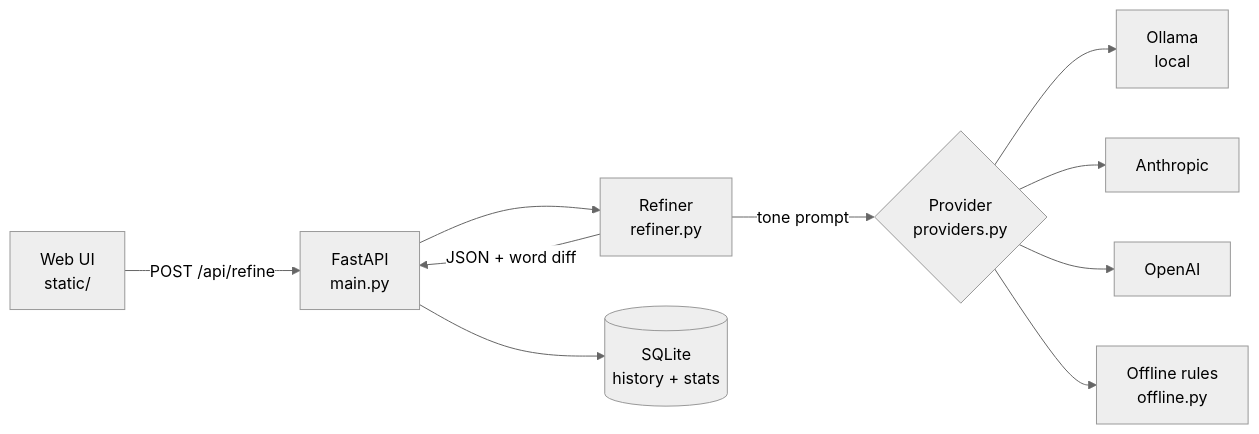
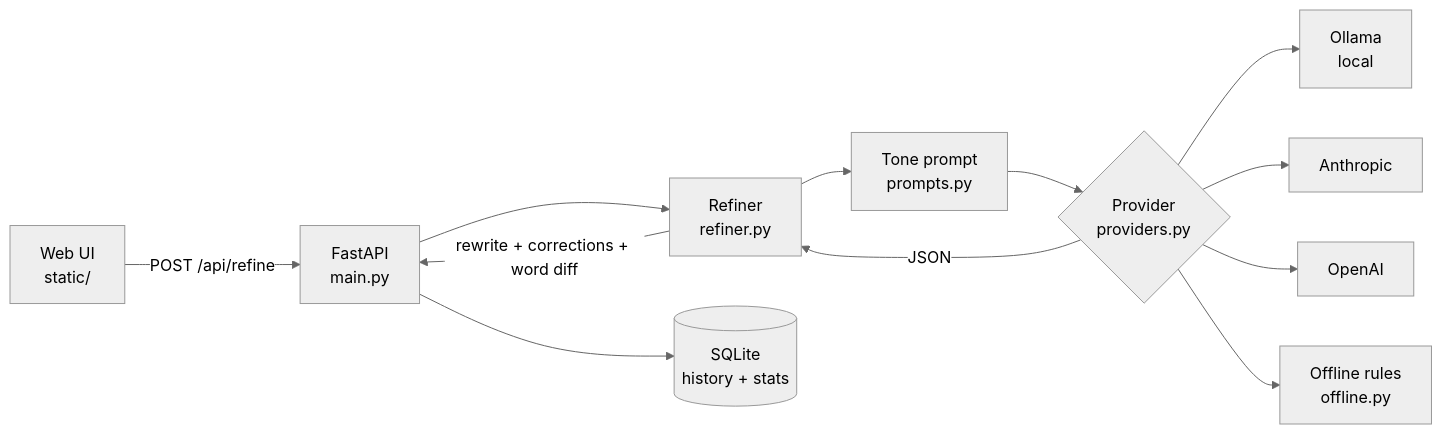
One commit to shekharsanskar9/SecondLang changed the diagram in README.md. Above: the diagram before and after it, drawn with Mermaid (neutral theme). The commit also changed other lines of this file, not shown here.

````diff
--- a/README.md
+++ b/README.md
@@ -55,12 +80,14 @@
 ```mermaid
 flowchart LR
     UI[Web UI<br/>static/] -->|POST /api/refine| API[FastAPI<br/>main.py]
     API --> R[Refiner<br/>refiner.py]
-    R -->|tone prompt| P{Provider<br/>providers.py}
+    R --> PR[Tone prompt<br/>prompts.py]
+    PR --> P{Provider<br/>providers.py}
     P --> O[Ollama<br/>local]
     P --> A[Anthropic]
     P --> G[OpenAI]
     P --> F[Offline rules<br/>offline.py]
-    R -->|JSON + word diff| API
+    P -->|JSON| R
+    R -->|rewrite + corrections + word diff| API
     API --> DB[(SQLite<br/>history + stats)]
 ```
````
